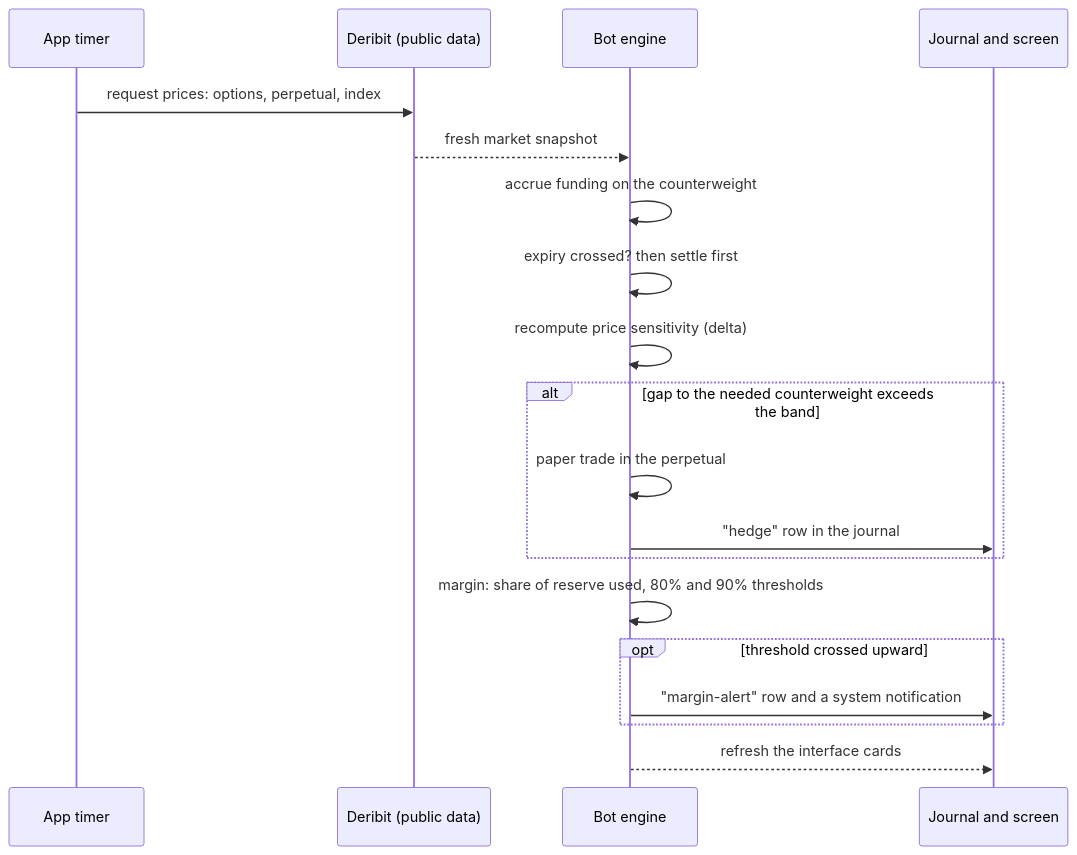
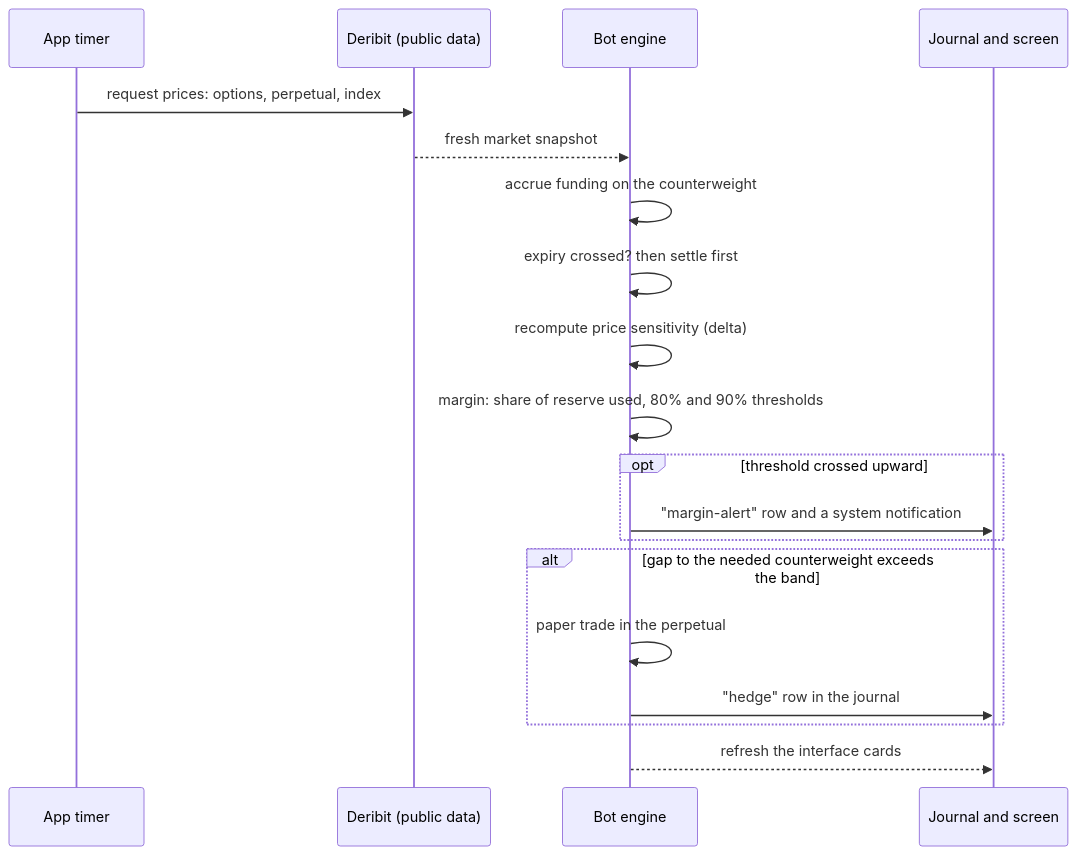
Before and after one commit to hamiltonalex/botLab: the second of 6 diagrams in botLab-desktop/docs/bot2-btc-options-how-it-works.en.md, drawn with Mermaid. The commit also changed other lines of this file and 1 other file, not shown here.

````diff
--- a/botLab-desktop/docs/bot2-btc-options-how-it-works.en.md
+++ b/botLab-desktop/docs/bot2-btc-options-how-it-works.en.md
@@ -79,21 +79,21 @@
 ```mermaid
 sequenceDiagram
     participant T as App timer
     participant D as Deribit (public data)
     participant E as Bot engine
     participant J as Journal and screen
     T->>D: request prices: options, perpetual, index
     D-->>E: fresh market snapshot
     E->>E: accrue funding on the counterweight
     E->>E: expiry crossed? then settle first
     E->>E: recompute price sensitivity (delta)
+    E->>E: margin: share of reserve used, 80% and 90% thresholds
+    opt threshold crossed upward
+        E->>J: "margin-alert" row and a system notification
+    end
     alt gap to the needed counterweight exceeds the band
         E->>E: paper trade in the perpetual
         E->>J: "hedge" row in the journal
     end
-    E->>E: margin: share of reserve used, 80% and 90% thresholds
-    opt threshold crossed upward
-        E->>J: "margin-alert" row and a system notification
-    end
     E-->>J: refresh the interface cards
 ```
````
